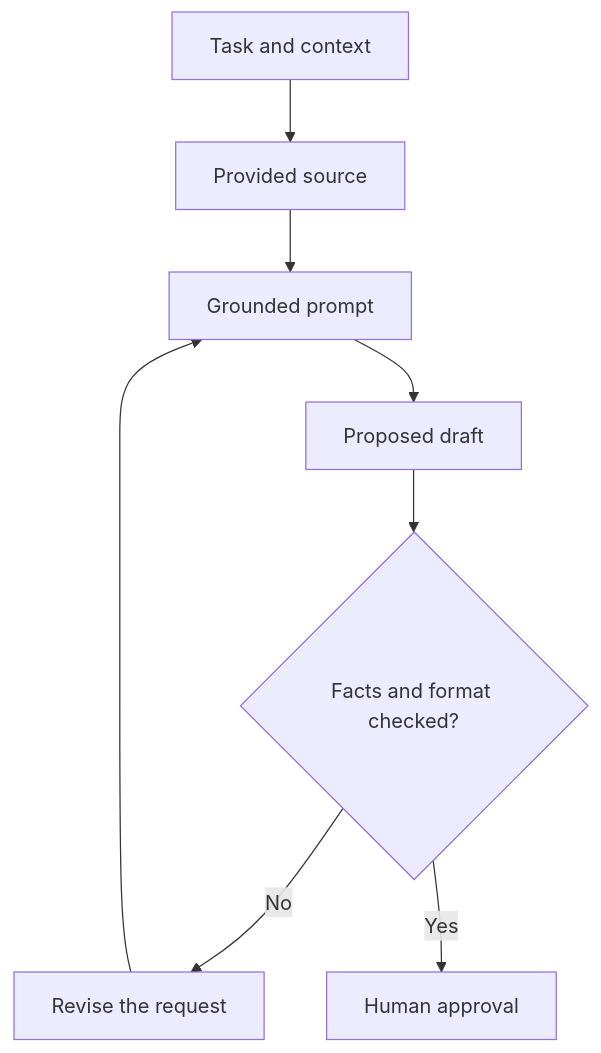
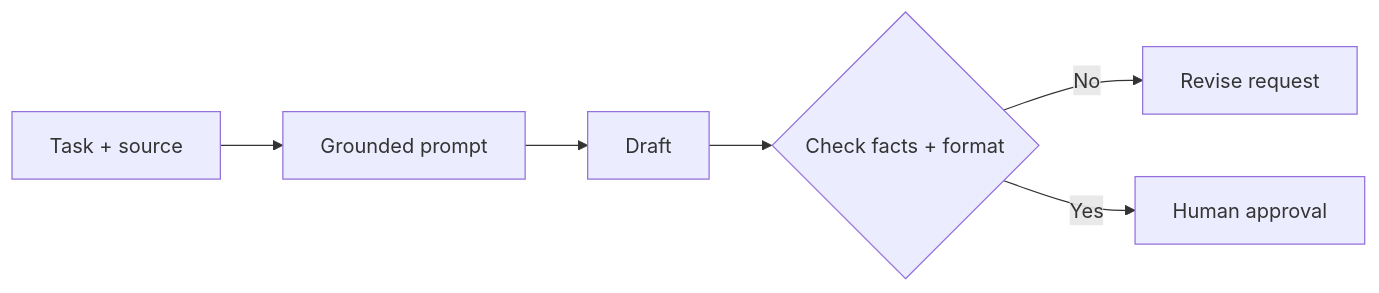
The diagram in teaching/visuals/s03/en/workflow.mmd (Ange230700/ibm-ai-foundations-for-everyone-notes), drawn with Mermaid before and after one commit. The commit also changed 54 other files, not shown here.

Commit message:
fix(presentations): improve teaching diagram legibility

```diff
--- a/teaching/visuals/s03/en/workflow.mmd
+++ b/teaching/visuals/s03/en/workflow.mmd
@@ -1,8 +1,6 @@
-flowchart TB
- A["Task and context"] --> B["Provided source"]
- B --> C["Grounded prompt"]
- C --> D["Proposed draft"]
- D --> E{"Facts and format checked?"}
- E -->|No| F["Revise the request"]
- F --> C
- E -->|Yes| G["Human approval"]
+flowchart LR
+ A["Task + source"] --> B["Grounded prompt"]
+ B --> C["Draft"]
+ C --> D{"Check facts + format"}
+ D -->|No| E["Revise request"]
+ D -->|Yes| F["Human approval"]
```
